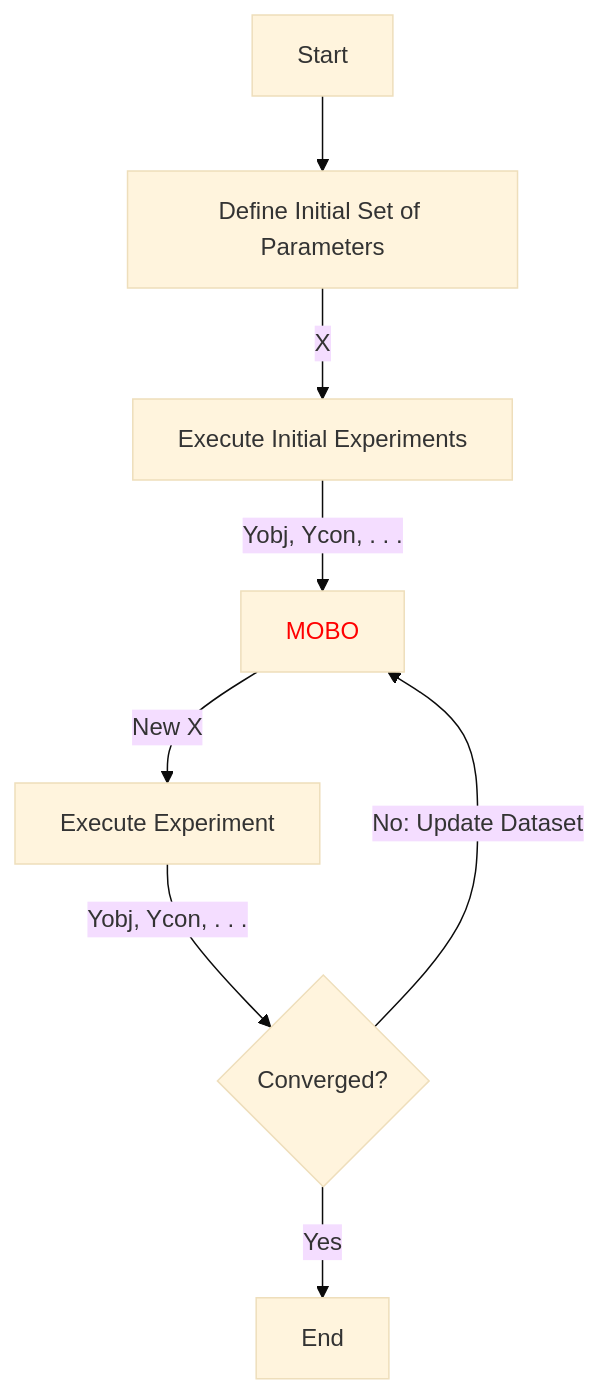
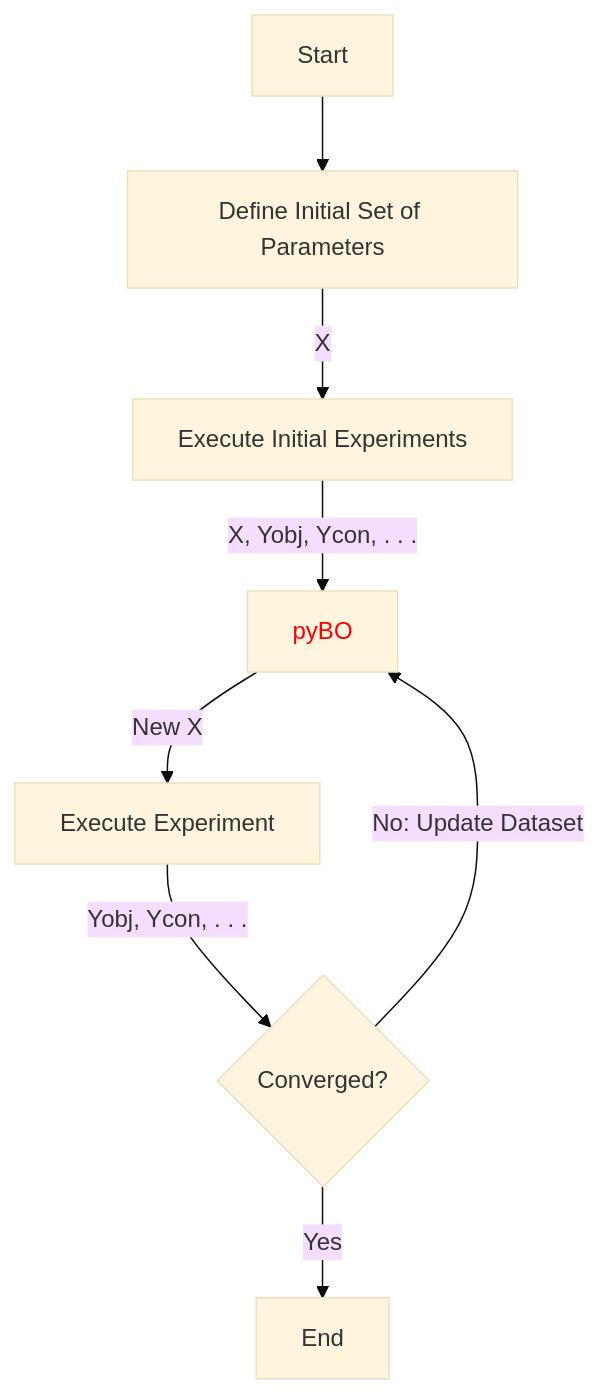
The first of 2 diagrams in readme.md (BerriesLab/pybo), drawn with Mermaid (base theme) before and after one commit. The commit also changed other lines of this file and 12 other files, not shown here.

````diff
--- a/readme.md
+++ b/readme.md
@@ -26,18 +29,18 @@
 ```mermaid
 flowchart TD
     A[Define Initial Set of Parameters]
     B[Execute Initial Experiments]
-    C[MOBO]
+    C[pyBO]
     D[Execute Experiment]
     E{Converged?}
     Start --> A
     A -->|X| B
-    B -->|Yobj, Ycon, . . .| C
+    B -->|X, Yobj, Ycon, . . .| C
     C -->|New X| D
     D -->|Yobj, Ycon, . . .| E
     E -->|No: Update Dataset| C
     E -->|Yes| End
     classDef redText color: red;
     class C redText
-
+    
 ```
````
